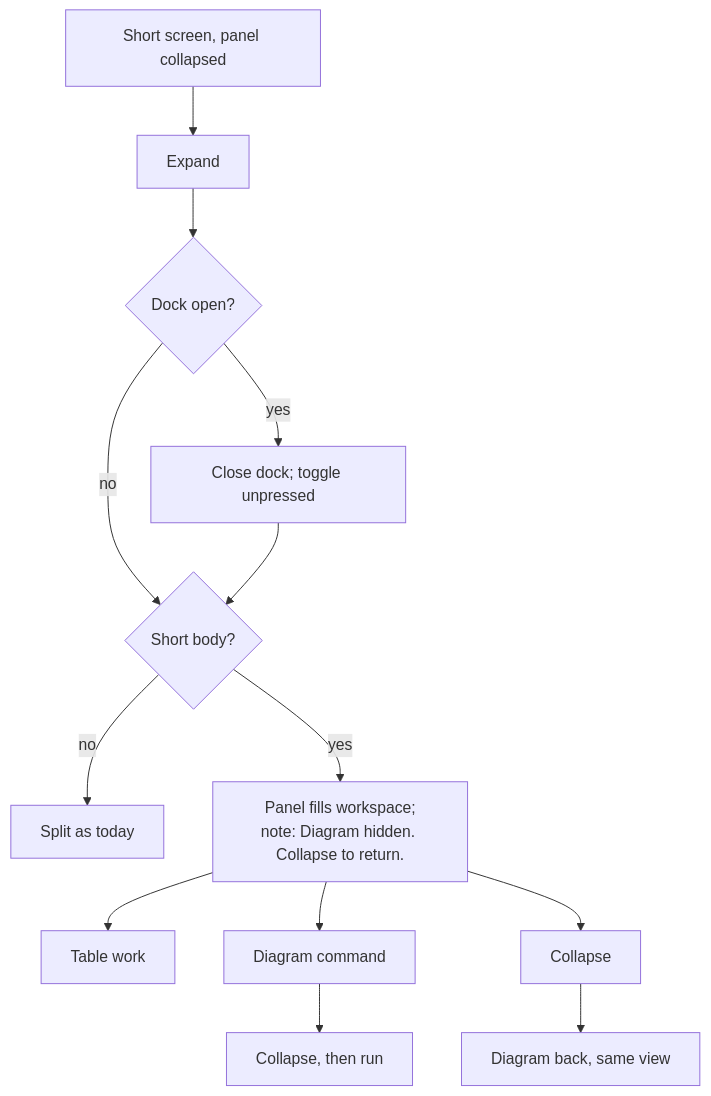
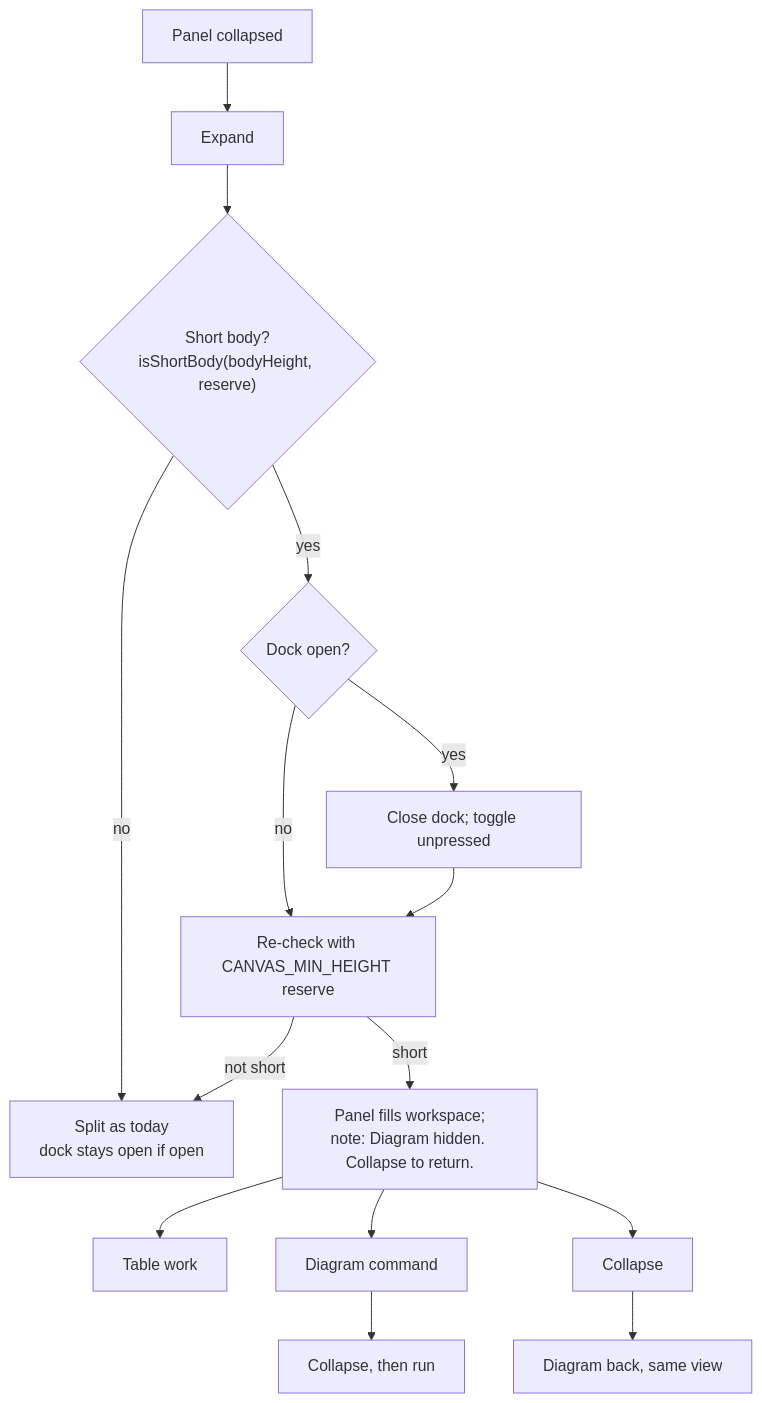
The third of 3 diagrams in docs/specs/short-screen-vertical-budget/feature-spec.md (HuttonHomeHub/SchedulePoint_1), drawn with Mermaid before and after one commit. The commit also changed other lines of this file and 1 other file, not shown here.

First line of the commit message:
docs(docs): reconcile the short-screen-vertical-budget spec after the second review pass

````diff
--- a/docs/specs/short-screen-vertical-budget/feature-spec.md
+++ b/docs/specs/short-screen-vertical-budget/feature-spec.md
@@ -463,12 +472,15 @@
 ```mermaid
 flowchart TD
-  A[Short screen, panel collapsed] --> B[Expand]
-  B --> D{Dock open?} -- yes --> E[Close dock; toggle unpressed]
+  A[Panel collapsed] --> B[Expand]
+  B --> S{"Short body?\nisShortBody(bodyHeight, reserve)"}
+  S -- no --> G[Split as today\ndock stays open if open]
+  S -- yes --> D{Dock open?}
+  D -- yes --> E[Close dock; toggle unpressed]
   D -- no --> F
-  E --> F{Short body?}
-  F -- no --> G[Split as today]
-  F -- yes --> H[Panel fills workspace;\nnote: Diagram hidden. Collapse to return.]
+  E --> F[Re-check with CANVAS_MIN_HEIGHT reserve]
+  F -- not short --> G
+  F -- short --> H[Panel fills workspace;\nnote: Diagram hidden. Collapse to return.]
   H --> I[Table work]
   H --> J[Diagram command] --> K[Collapse, then run]
   H --> L[Collapse] --> M[Diagram back, same view]
 ```
````
